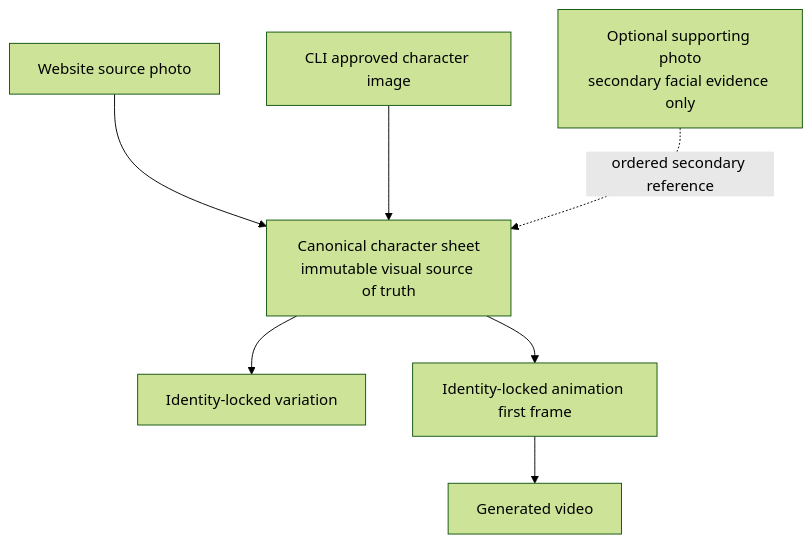
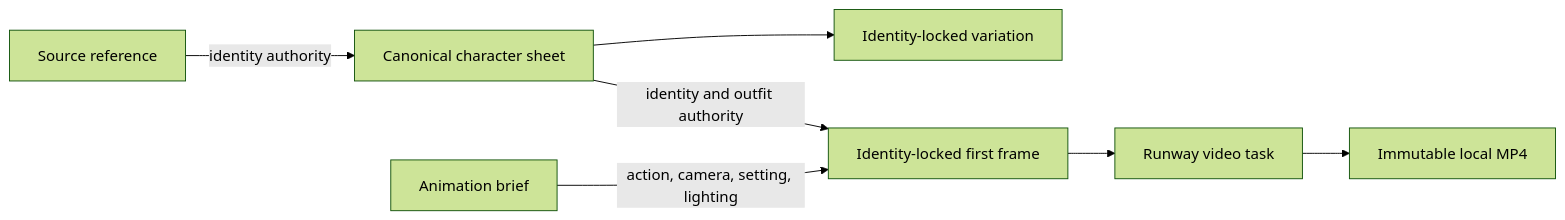
The diagram in README.md (Floneyyang/character-consistency-toolkit), drawn with Mermaid (forest theme) before and after one commit. The commit also changed other lines of this file, not shown here.

````diff
--- a/README.md
+++ b/README.md
@@ -50,17 +31,16 @@
 ```mermaid
-flowchart TD
-    Photo[Website source photo]
-    Approved[CLI approved character image]
-    Supporting[Optional supporting photo<br/>secondary facial evidence only]
-    Sheet[Canonical character sheet<br/>immutable visual source of truth]
+flowchart LR
+    Source[Source reference]
+    Sheet[Canonical character sheet]
     Variation[Identity-locked variation]
-    Frame[Identity-locked animation first frame]
-    Video[Generated video]
+    Brief[Animation brief]
+    Frame[Identity-locked first frame]
+    Runway[Runway video task]
+    Video[Immutable local MP4]
 
-    Photo --> Sheet
-    Approved --> Sheet
-    Supporting -. ordered secondary reference .-> Sheet
+    Source -->|identity authority| Sheet
     Sheet --> Variation
-    Sheet --> Frame
-    Frame --> Video
+    Sheet -->|identity and outfit authority| Frame
+    Brief -->|action, camera, setting, lighting| Frame
+    Frame --> Runway --> Video
 ```
````
